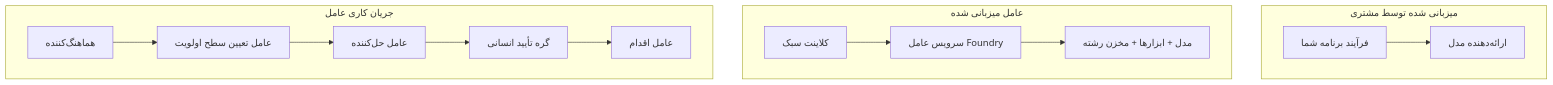
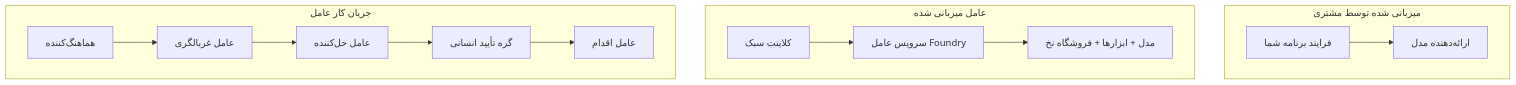
The first of 4 diagrams in mirrors/repos/microsoft@ai-agents-for-beginners/translations/fa/16-deploying-scalable-agents/README.md (gabrielmoreira/agent-skills-mirror), drawn with Mermaid before and after one commit. The commit also changed other lines of this file and 3581 other files, not shown here.

````diff
--- a/mirrors/repos/microsoft@ai-agents-for-beginners/translations/fa/16-deploying-scalable-agents/README.md
+++ b/mirrors/repos/microsoft@ai-agents-for-beginners/translations/fa/16-deploying-scalable-agents/README.md
@@ -87,16 +87,16 @@
 ```mermaid
 flowchart TB
     subgraph P1[میزبانی شده توسط مشتری]
-        A1[فرآیند برنامه شما] --> M1[ارائه‌دهنده مدل]
+        A1[فرایند برنامه شما] --> M1[ارائه‌دهنده مدل]
     end
     subgraph P2[عامل میزبانی شده]
         A2[کلاینت سبک] --> F2[سرویس عامل Foundry]
-        F2 --> M2[مدل + ابزارها + مخزن رشته]
+        F2 --> M2[مدل + ابزارها + فروشگاه نخ]
     end
-    subgraph P3[جریان کاری عامل]
-        A3[هماهنگ‌کننده] --> S1[عامل تعیین سطح اولویت]
+    subgraph P3[جریان کار عامل]
+        A3[هماهنگ‌کننده] --> S1[عامل غربالگری]
         S1 --> S2[عامل حل‌کننده]
         S2 --> H[گره تأیید انسانی]
         H --> S3[عامل اقدام]
     end
 ```
````
